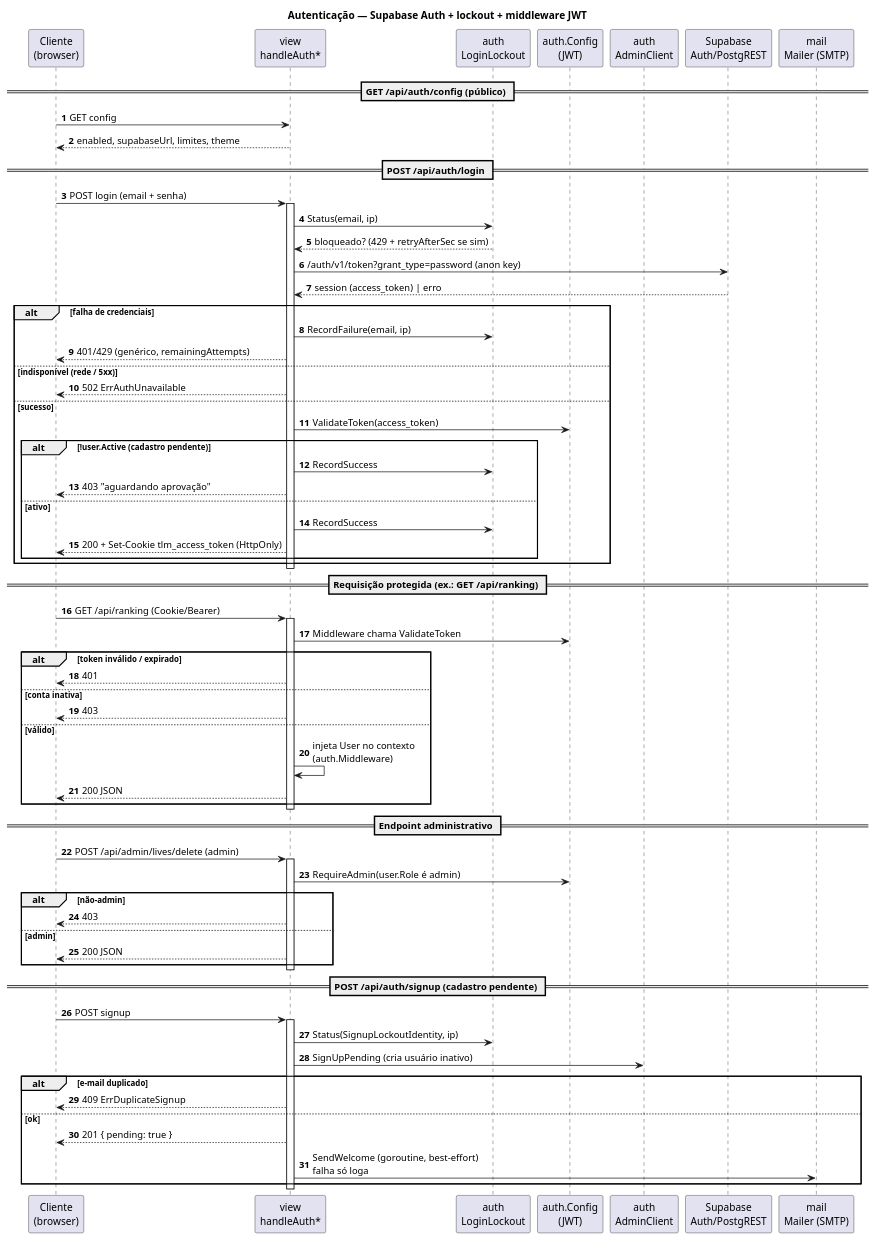
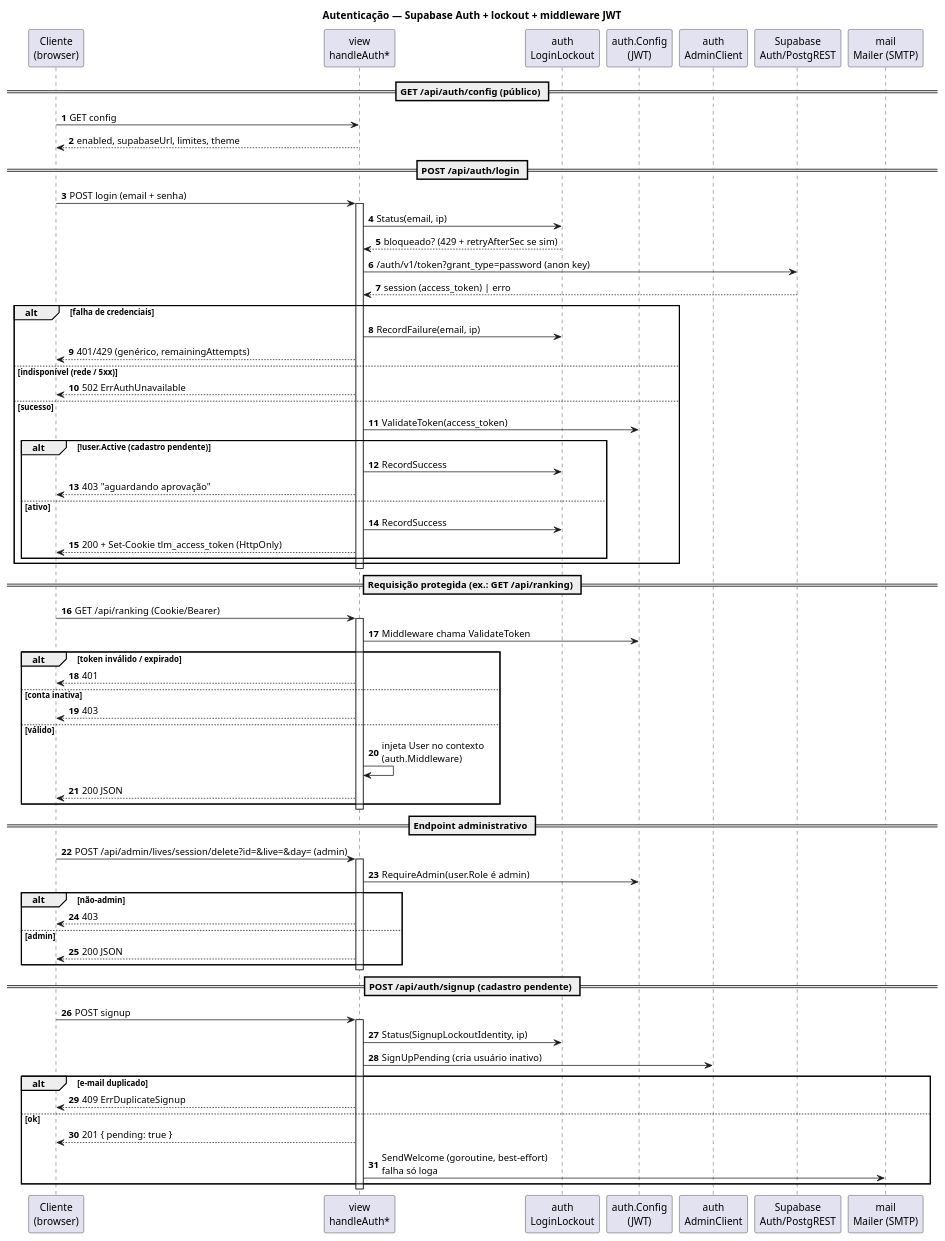
The diagram in docs/backend/diagrams/03-autenticacao.puml (thiagohmm/tiktokLiveMonitor), drawn with PlantUML before and after one commit. The commit also changed 34 other files, not shown here.

```diff
--- a/docs/backend/diagrams/03-autenticacao.puml
+++ b/docs/backend/diagrams/03-autenticacao.puml
@@ -1,83 +1,83 @@
 @startuml
 ' 03-autenticacao.puml — Login, cadastro e proteção de rotas
 title Autenticação — Supabase Auth + lockout + middleware JWT
 
 skinparam defaultFontName "Helvetica"
 autonumber
 
 participant "Cliente\n(browser)" as CLIENT
 participant "view\nhandleAuth*" as VIEW
 participant "auth\nLoginLockout" as LOCK
 participant "auth.Config\n(JWT)" as JWT
 participant "auth\nAdminClient" as ADMIN
 participant "Supabase\nAuth/PostgREST" as SUPA
 participant "mail\nMailer (SMTP)" as MAIL
 
 == GET /api/auth/config (público) ==
 CLIENT -> VIEW : GET config
 VIEW --> CLIENT : enabled, supabaseUrl, limites, theme
 
 == POST /api/auth/login ==
 CLIENT -> VIEW : POST login (email + senha)
 activate VIEW
 VIEW -> LOCK : Status(email, ip)
 LOCK --> VIEW : bloqueado? (429 + retryAfterSec se sim)
 VIEW -> SUPA : /auth/v1/token?grant_type=password (anon key)
 SUPA --> VIEW : session (access_token) | erro
 
 alt falha de credenciais
     VIEW -> LOCK : RecordFailure(email, ip)
     VIEW --> CLIENT : 401/429 (genérico, remainingAttempts)
 else indisponível (rede / 5xx)
     VIEW --> CLIENT : 502 ErrAuthUnavailable
 else sucesso
     VIEW -> JWT : ValidateToken(access_token)
     alt !user.Active (cadastro pendente)
         VIEW -> LOCK : RecordSuccess
         VIEW --> CLIENT : 403 "aguardando aprovação"
     else ativo
         VIEW -> LOCK : RecordSuccess
         VIEW --> CLIENT : 200 + Set-Cookie tlm_access_token (HttpOnly)
     end
 end
 deactivate VIEW
 
 == Requisição protegida (ex.: GET /api/ranking) ==
 CLIENT -> VIEW : GET /api/ranking (Cookie/Bearer)
 activate VIEW
 VIEW -> JWT : Middleware chama ValidateToken
 alt token inválido / expirado
     VIEW --> CLIENT : 401
 else conta inativa
     VIEW --> CLIENT : 403
 else válido
     VIEW -> VIEW : injeta User no contexto\n(auth.Middleware)
     VIEW --> CLIENT : 200 JSON
 end
 deactivate VIEW
 
 == Endpoint administrativo ==
-CLIENT -> VIEW : POST /api/admin/lives/delete (admin)
+CLIENT -> VIEW : POST /api/admin/lives/session/delete?id=&live=&day= (admin)
 activate VIEW
 VIEW -> JWT : RequireAdmin(user.Role é admin)
 alt não-admin
     VIEW --> CLIENT : 403
 else admin
     VIEW --> CLIENT : 200 JSON
 end
 deactivate VIEW
 
 == POST /api/auth/signup (cadastro pendente) ==
 CLIENT -> VIEW : POST signup
 activate VIEW
 VIEW -> LOCK : Status(SignupLockoutIdentity, ip)
 VIEW -> ADMIN : SignUpPending (cria usuário inativo)
 alt e-mail duplicado
     VIEW --> CLIENT : 409 ErrDuplicateSignup
 else ok
     VIEW --> CLIENT : 201 { pending: true }
     VIEW -> MAIL : SendWelcome (goroutine, best-effort)\nfalha só loga
 end
 deactivate VIEW
 
 @enduml
```
